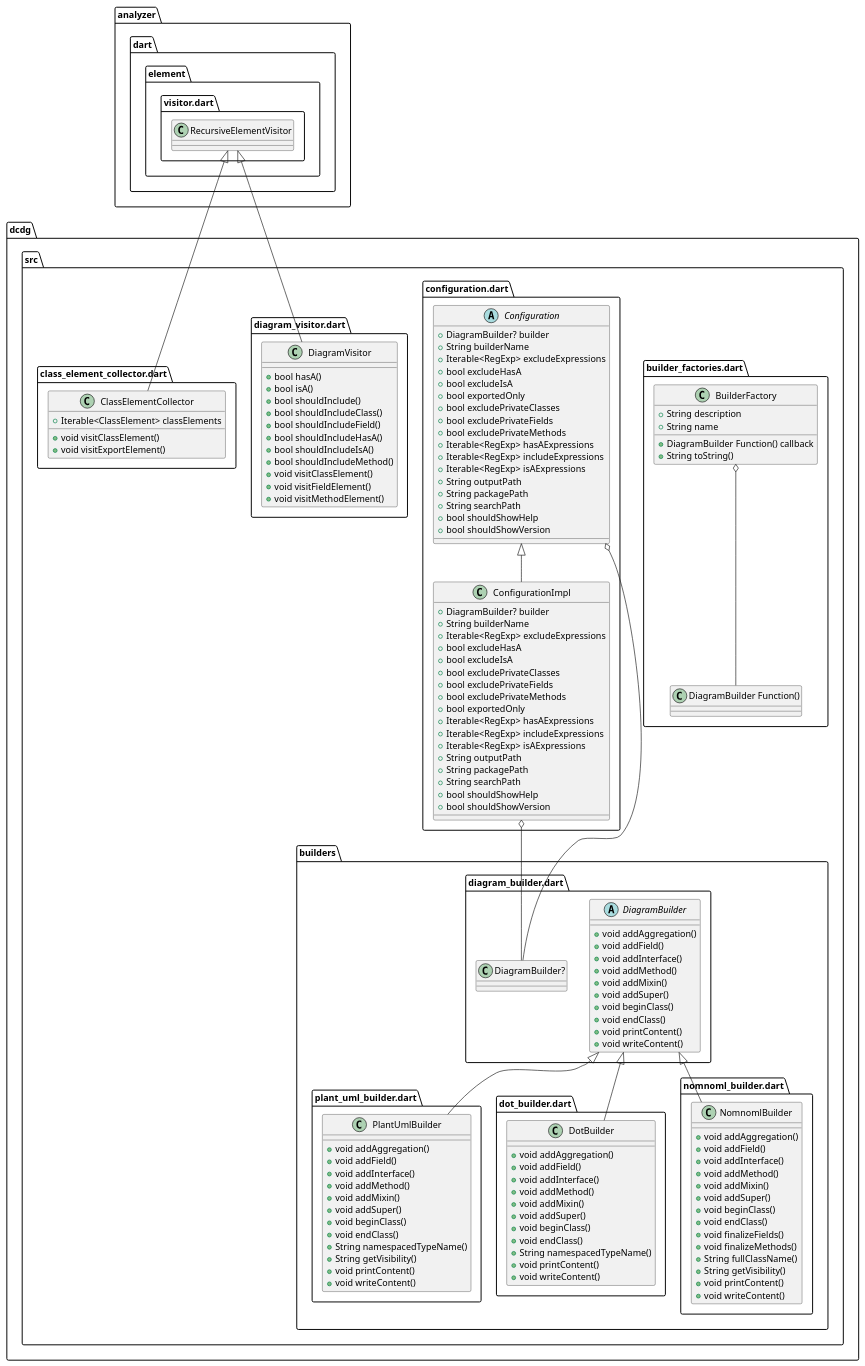
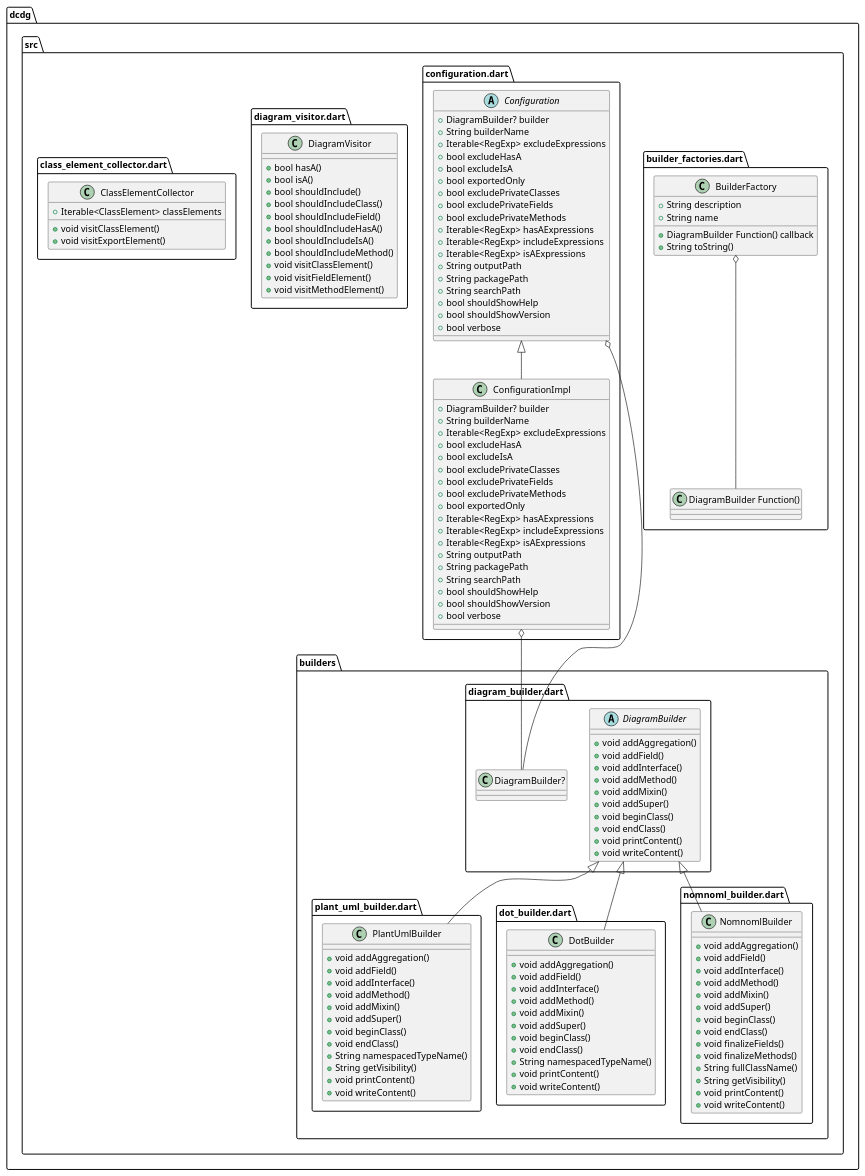
One commit to glesica/dcdg.dart changed the diagram in example/dcdg.puml. Above: the diagram before and after it, drawn with PlantUML. The commit also changed 16 other files, not shown here.

```diff
--- a/example/dcdg.puml
+++ b/example/dcdg.puml
@@ -1,148 +1,146 @@
 @startuml
 set namespaceSeparator ::
 
 class "dcdg::src::builders::plant_uml_builder.dart::PlantUmlBuilder" {
   +void addAggregation()
   +void addField()
   +void addInterface()
   +void addMethod()
   +void addMixin()
   +void addSuper()
   +void beginClass()
   +void endClass()
   +String namespacedTypeName()
   +String getVisibility()
   +void printContent()
   +void writeContent()
 }
 
 "dcdg::src::builders::diagram_builder.dart::DiagramBuilder" <|-- "dcdg::src::builders::plant_uml_builder.dart::PlantUmlBuilder"
 
 class "dcdg::src::builders::dot_builder.dart::DotBuilder" {
   +void addAggregation()
   +void addField()
   +void addInterface()
   +void addMethod()
   +void addMixin()
   +void addSuper()
   +void beginClass()
   +void endClass()
   +String namespacedTypeName()
   +void printContent()
   +void writeContent()
 }
 
 "dcdg::src::builders::diagram_builder.dart::DiagramBuilder" <|-- "dcdg::src::builders::dot_builder.dart::DotBuilder"
 
 abstract class "dcdg::src::builders::diagram_builder.dart::DiagramBuilder" {
   +void addAggregation()
   +void addField()
   +void addInterface()
   +void addMethod()
   +void addMixin()
   +void addSuper()
   +void beginClass()
   +void endClass()
   +void printContent()
   +void writeContent()
 }
 
 class "dcdg::src::builders::nomnoml_builder.dart::NomnomlBuilder" {
   +void addAggregation()
   +void addField()
   +void addInterface()
   +void addMethod()
   +void addMixin()
   +void addSuper()
   +void beginClass()
   +void endClass()
   +void finalizeFields()
   +void finalizeMethods()
   +String fullClassName()
   +String getVisibility()
   +void printContent()
   +void writeContent()
 }
 
 "dcdg::src::builders::diagram_builder.dart::DiagramBuilder" <|-- "dcdg::src::builders::nomnoml_builder.dart::NomnomlBuilder"
 
 class "dcdg::src::builder_factories.dart::BuilderFactory" {
   +DiagramBuilder Function() callback
   +String description
   +String name
   +String toString()
 }
 
 "dcdg::src::builder_factories.dart::BuilderFactory" o-- "dcdg::src::builder_factories.dart::DiagramBuilder Function()"
 
 abstract class "dcdg::src::configuration.dart::Configuration" {
   +DiagramBuilder? builder
   +String builderName
   +Iterable<RegExp> excludeExpressions
   +bool excludeHasA
   +bool excludeIsA
   +bool exportedOnly
   +bool excludePrivateClasses
   +bool excludePrivateFields
   +bool excludePrivateMethods
   +Iterable<RegExp> hasAExpressions
   +Iterable<RegExp> includeExpressions
   +Iterable<RegExp> isAExpressions
   +String outputPath
   +String packagePath
   +String searchPath
   +bool shouldShowHelp
   +bool shouldShowVersion
+  +bool verbose
 }
 
 "dcdg::src::configuration.dart::Configuration" o-- "dcdg::src::builders::diagram_builder.dart::DiagramBuilder?"
 
 class "dcdg::src::configuration.dart::ConfigurationImpl" {
   +DiagramBuilder? builder
   +String builderName
   +Iterable<RegExp> excludeExpressions
   +bool excludeHasA
   +bool excludeIsA
   +bool excludePrivateClasses
   +bool excludePrivateFields
   +bool excludePrivateMethods
   +bool exportedOnly
   +Iterable<RegExp> hasAExpressions
   +Iterable<RegExp> includeExpressions
   +Iterable<RegExp> isAExpressions
   +String outputPath
   +String packagePath
   +String searchPath
   +bool shouldShowHelp
   +bool shouldShowVersion
+  +bool verbose
 }
 
 "dcdg::src::configuration.dart::ConfigurationImpl" o-- "dcdg::src::builders::diagram_builder.dart::DiagramBuilder?"
 "dcdg::src::configuration.dart::Configuration" <|-- "dcdg::src::configuration.dart::ConfigurationImpl"
 
 class "dcdg::src::diagram_visitor.dart::DiagramVisitor" {
   +bool hasA()
   +bool isA()
   +bool shouldInclude()
   +bool shouldIncludeClass()
   +bool shouldIncludeField()
   +bool shouldIncludeHasA()
   +bool shouldIncludeIsA()
   +bool shouldIncludeMethod()
   +void visitClassElement()
   +void visitFieldElement()
   +void visitMethodElement()
 }
 
-"analyzer::dart::element::visitor.dart::RecursiveElementVisitor" <|-- "dcdg::src::diagram_visitor.dart::DiagramVisitor"
-
 class "dcdg::src::class_element_collector.dart::ClassElementCollector" {
   +Iterable<ClassElement> classElements
   +void visitClassElement()
   +void visitExportElement()
 }
 
-"analyzer::dart::element::visitor.dart::RecursiveElementVisitor" <|-- "dcdg::src::class_element_collector.dart::ClassElementCollector"
-
 
 @enduml
```
